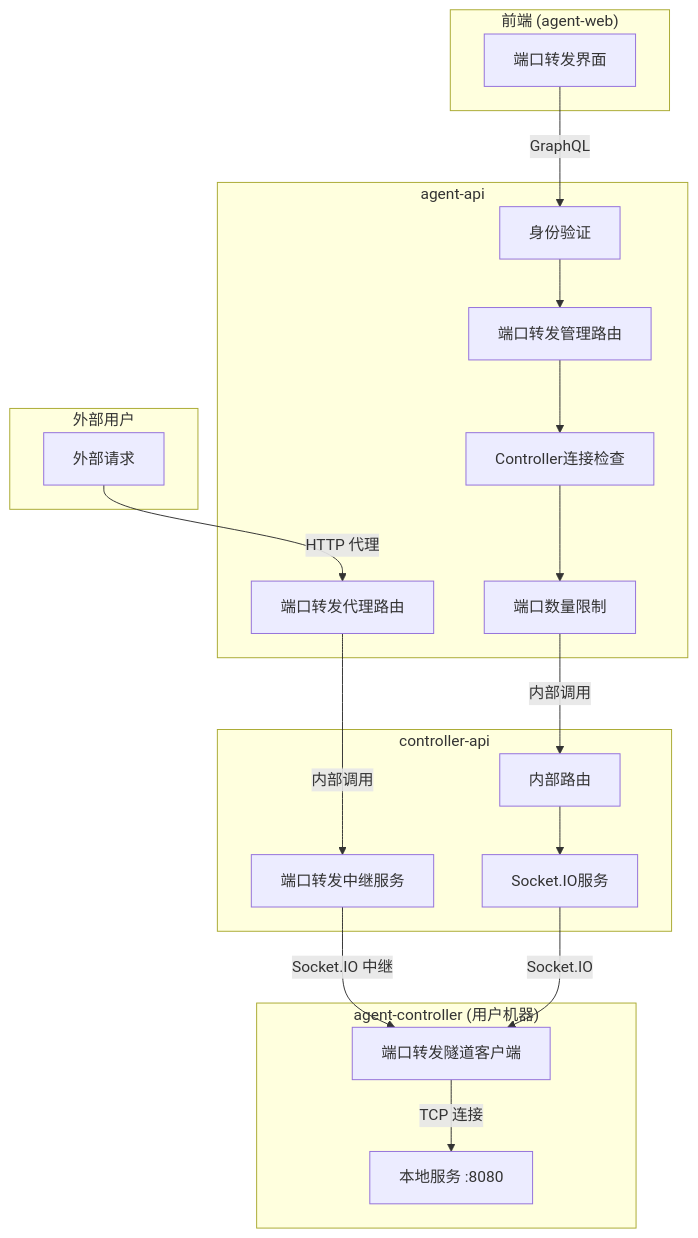
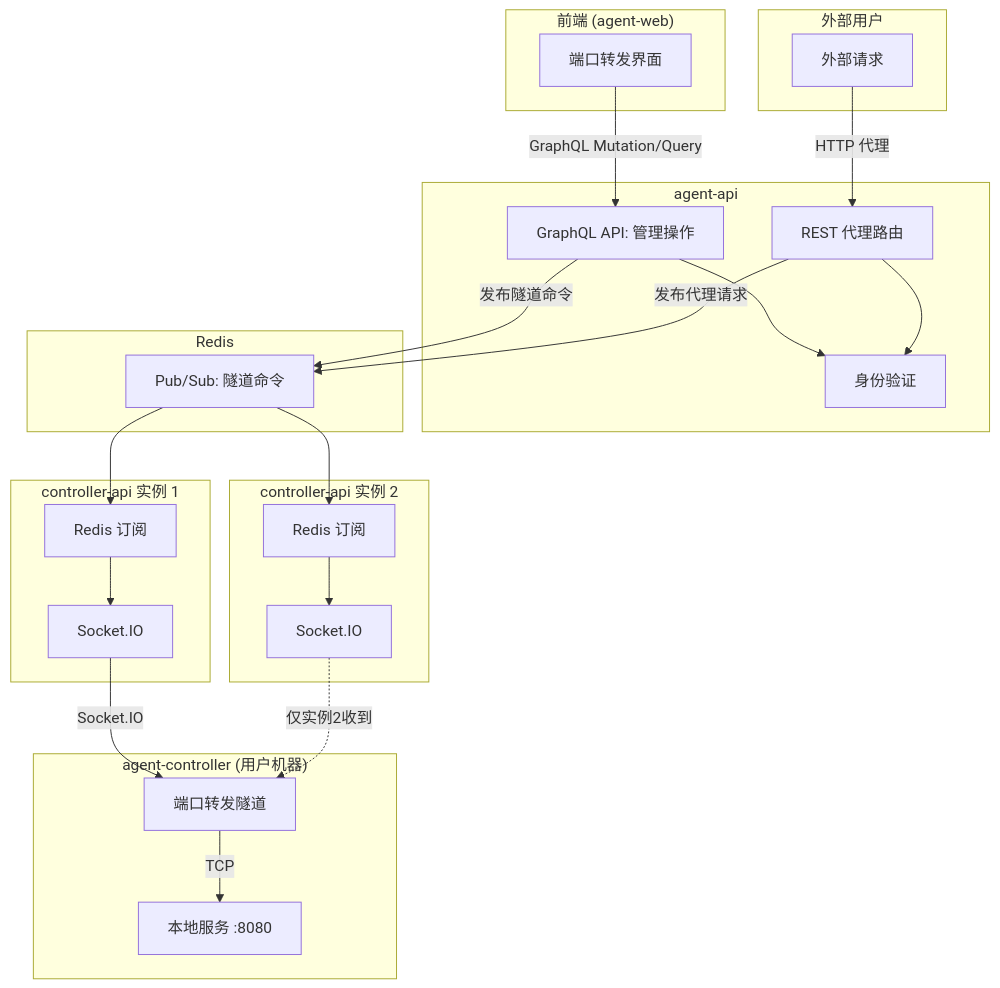
One commit to Deliay/z-agent-gear changed the first of 3 diagrams in docs/engineering/proposals/20260527-feat-port-forwarding.md. Above: the diagram before and after it, drawn with Mermaid. The commit also changed other lines of this file and 1 other file, not shown here.

````diff
--- a/docs/engineering/proposals/20260527-feat-port-forwarding.md
+++ b/docs/engineering/proposals/20260527-feat-port-forwarding.md
@@ -41,41 +42,49 @@
 ```mermaid
 graph TD
     subgraph "外部用户"
         EXT[外部请求]
     end
 
     subgraph "前端 (agent-web)"
         UI[端口转发界面]
     end
     
     subgraph "agent-api"
+        GQL[GraphQL API: 管理操作]
+        PF_PROXY[REST 代理路由]
         AUTH[身份验证]
-        PF_ROUTE[端口转发管理路由]
-        PF_PROXY[端口转发代理路由]
-        CTRL_CHECK[Controller连接检查]
-        PORT_LIMIT[端口数量限制]
     end
     
-    subgraph "controller-api"
-        INNER_ROUTE[内部路由]
-        PF_RELAY[端口转发中继服务]
-        SOCKET_IO[Socket.IO服务]
+    subgraph "Redis"
+        PUB_SUB[Pub/Sub: 隧道命令]
+    end
+    
+    subgraph "controller-api 实例 1"
+        SUB1[Redis 订阅]
+        SIO1[Socket.IO]
+    end
+
+    subgraph "controller-api 实例 2"
+        SUB2[Redis 订阅]
+        SIO2[Socket.IO]
     end
     
     subgraph "agent-controller (用户机器)"
-        PF_TUNNEL[端口转发隧道客户端]
+        PF_TUNNEL[端口转发隧道]
         LOCAL_SVC[本地服务 :8080]
     end
     
-    UI -->|GraphQL| AUTH
+    UI -->|GraphQL Mutation/Query| GQL
     EXT -->|HTTP 代理| PF_PROXY
-    AUTH --> PF_ROUTE
-    PF_ROUTE --> CTRL_CHECK
-    CTRL_CHECK --> PORT_LIMIT
-    PORT_LIMIT -->|内部调用| INNER_ROUTE
-    PF_PROXY -->|内部调用| PF_RELAY
-    INNER_ROUTE --> SOCKET_IO
-    PF_RELAY -->|Socket.IO 中继| PF_TUNNEL
-    SOCKET_IO -->|Socket.IO| PF_TUNNEL
-    PF_TUNNEL -->|TCP 连接| LOCAL_SVC
+    GQL --> AUTH
+    PF_PROXY --> AUTH
+    GQL -->|发布隧道命令| PUB_SUB
+    PF_PROXY -->|发布代理请求| PUB_SUB
+    PUB_SUB --> SUB1
+    PUB_SUB --> SUB2
+    SUB1 --> SIO1
+    SUB2 --> SIO2
+    SIO1 -->|Socket.IO| PF_TUNNEL
+    SIO2 -.->|仅实例2收到| PF_TUNNEL
+    PF_TUNNEL -->|TCP| LOCAL_SVC
 ```
````
